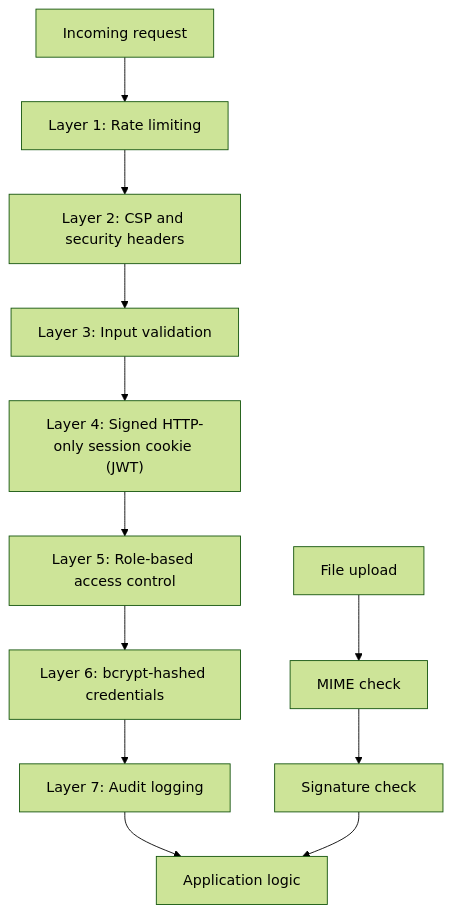
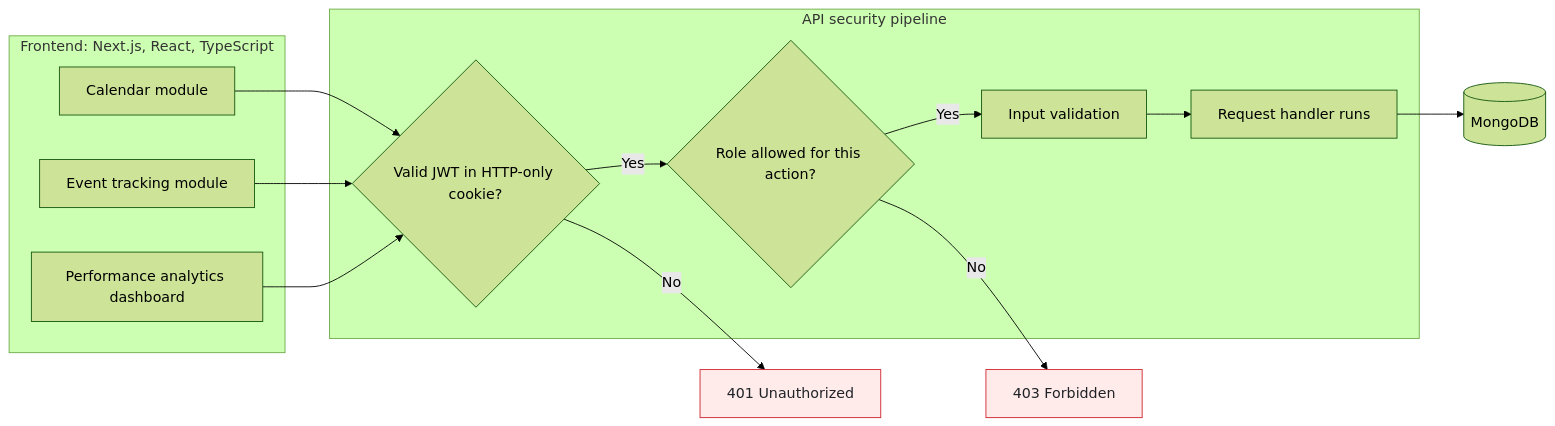
One commit to RS3921/RS3921 changed the eighth of 12 diagrams in README.md. Above: the diagram before and after it, drawn with Mermaid (forest theme). The commit also changed other lines of this file, not shown here.

````diff
--- a/README.md
+++ b/README.md
@@ -328,12 +315,28 @@
 ```mermaid
-flowchart TB
-    R["Incoming request"] --> L1["Layer 1: Rate limiting"]
-    L1 --> L2["Layer 2: CSP and security headers"]
-    L2 --> L3["Layer 3: Input validation"]
-    L3 --> L4["Layer 4: Signed HTTP-only session cookie (JWT)"]
-    L4 --> L5["Layer 5: Role-based access control"]
-    L5 --> L6["Layer 6: bcrypt-hashed credentials"]
-    L6 --> L7["Layer 7: Audit logging"]
-    L7 --> APP["Application logic"]
-    UP["File upload"] --> V1["MIME check"] --> V2["Signature check"] --> APP
+flowchart LR
+    subgraph UI["Frontend: Next.js, React, TypeScript"]
+        CAL["Calendar module"]
+        EVT["Event tracking module"]
+        DASH["Performance analytics dashboard"]
+    end
+
+    subgraph GUARD["API security pipeline"]
+        G1{"Valid JWT in HTTP-only cookie?"}
+        G2{"Role allowed for this action?"}
+        G3["Input validation"]
+        H["Request handler runs"]
+        G1 -- Yes --> G2
+        G2 -- Yes --> G3
+        G3 --> H
+    end
+
+    CAL --> G1
+    EVT --> G1
+    DASH --> G1
+    G1 -- No --> R1["401 Unauthorized"]
+    G2 -- No --> R2["403 Forbidden"]
+    H --> DB[("MongoDB")]
+
+    classDef bad fill:#ffebe9,stroke:#cf222e,color:#1f2328
+    class R1,R2 bad
 ```
````
